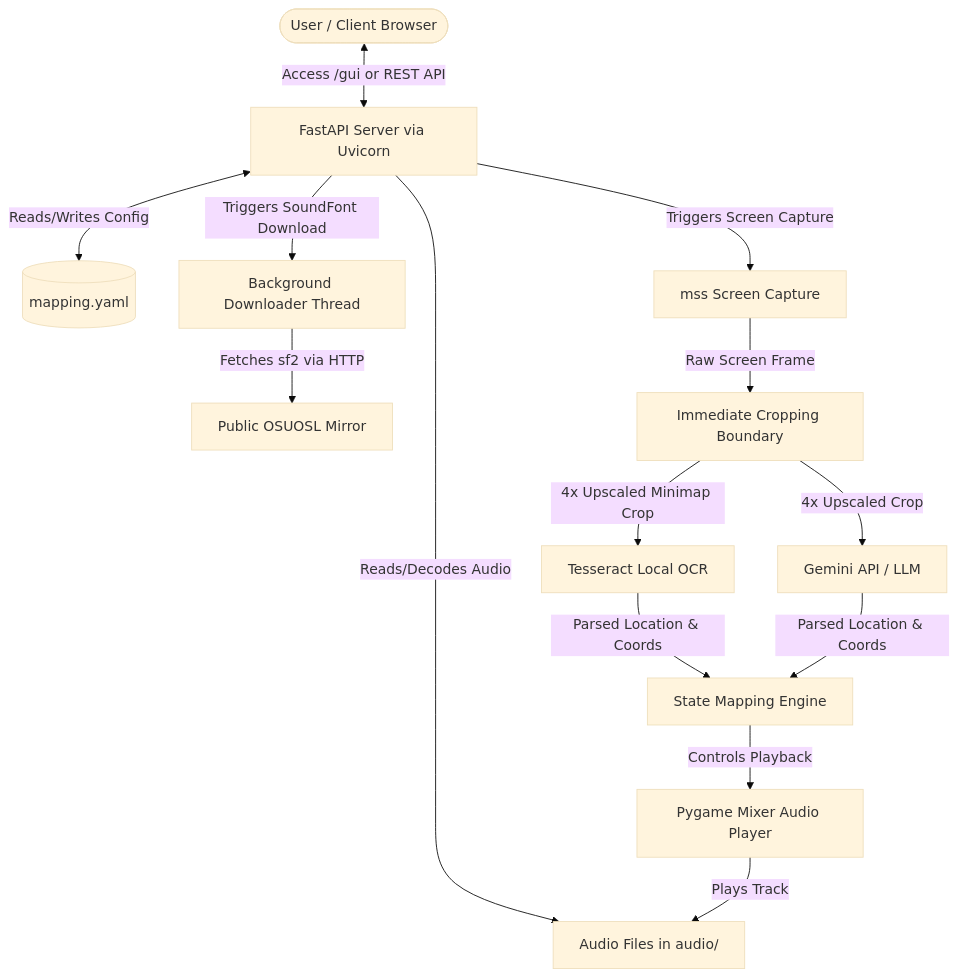
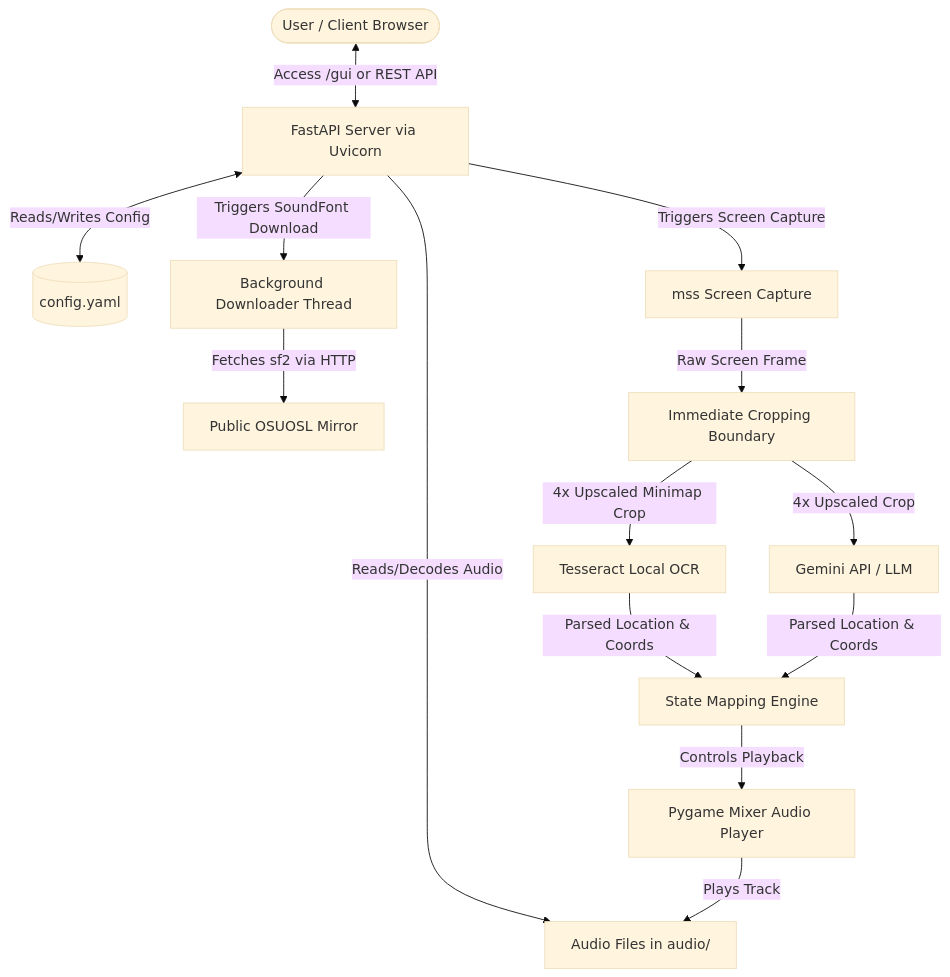
The diagram in threat_model.md (Evergold/roving-bard), drawn with Mermaid (base theme) before and after one commit. The commit also changed other lines of this file and 7 other files, not shown here.

Commit message:
refactor(config): move mapping.yaml configuration to config.yaml in agent root

````diff
--- a/threat_model.md
+++ b/threat_model.md
@@ -11,16 +11,16 @@
 ```mermaid
 graph TD
     User([User / Client Browser]) <-->|Access /gui or REST API| API[FastAPI Server via Uvicorn]
-    API <-->|Reads/Writes Config| Config[(mapping.yaml)]
+    API <-->|Reads/Writes Config| Config[(config.yaml)]
     API -->|Reads/Decodes Audio| Audio[Audio Files in audio/]
     API -->|Triggers Screen Capture| Screen[mss Screen Capture]
     API -->|Triggers SoundFont Download| Downloader[Background Downloader Thread]
     Downloader -->|Fetches sf2 via HTTP| Mirror[Public OSUOSL Mirror]
     Screen -->|Raw Screen Frame| Crop[Immediate Cropping Boundary]
     Crop -->|4x Upscaled Minimap Crop| LocalOCR[Tesseract Local OCR]
     Crop -->|4x Upscaled Crop| Gemini[Gemini API / LLM]
     LocalOCR -->|Parsed Location & Coords| Mapper[State Mapping Engine]
     Gemini -->|Parsed Location & Coords| Mapper
     Mapper -->|Controls Playback| Player[Pygame Mixer Audio Player]
     Player -->|Plays Track| Audio
 ```
````
